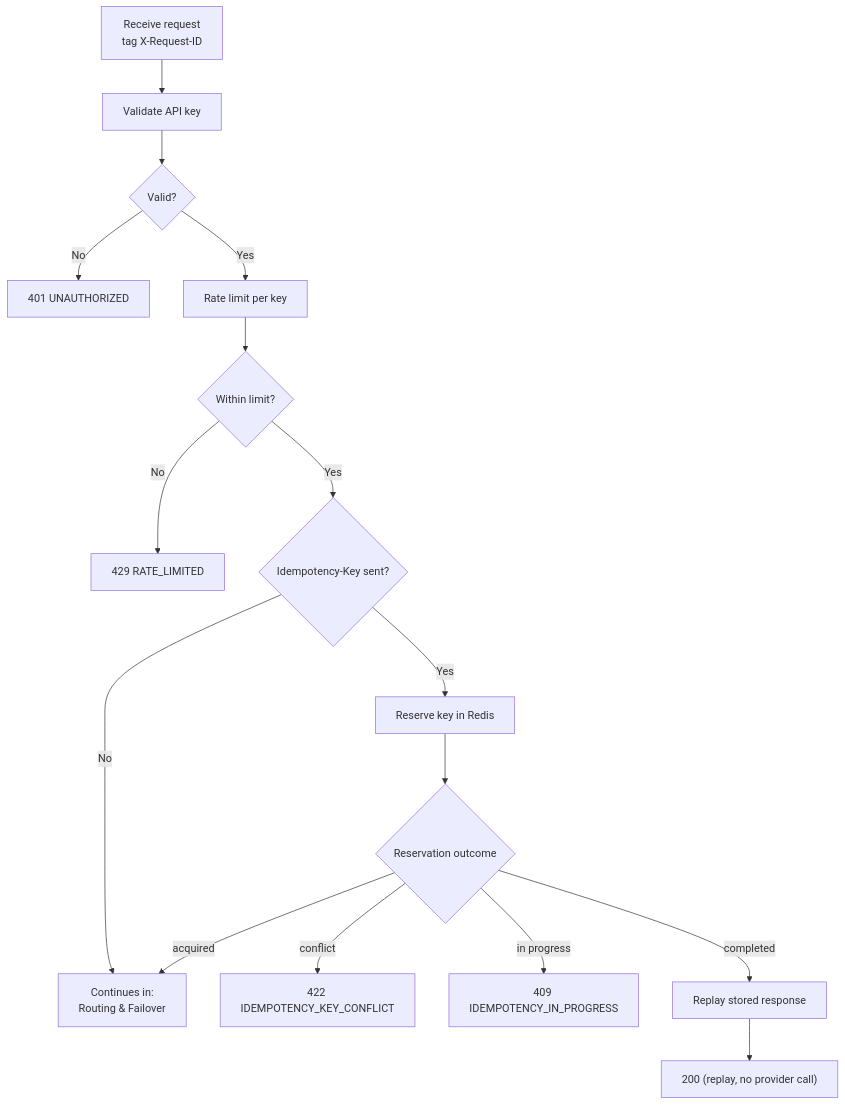
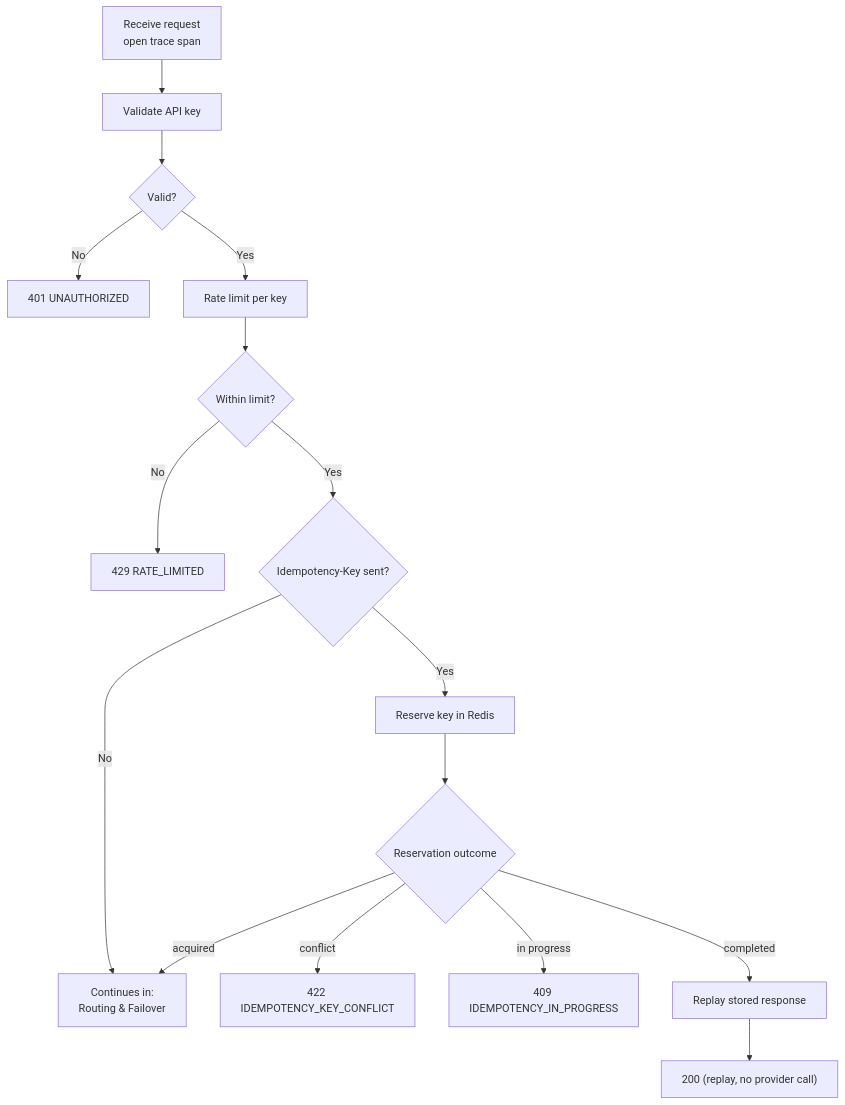
The second of 3 diagrams in docs/system_flow.md (MaximoBerth0/Relayix), drawn with Mermaid before and after one commit. The commit also changed 18 other files, not shown here.

````diff
--- a/docs/system_flow.md
+++ b/docs/system_flow.md
@@ -23,18 +23,18 @@
 ```mermaid
 flowchart TB
-    B1["Receive request<br/>tag X-Request-ID"] --> B2["Validate API key"]
+    B1["Receive request<br/>open trace span"] --> B2["Validate API key"]
     B2 --> B3{Valid?}
     B3 -- No --> R401["401 UNAUTHORIZED"]
     B3 -- Yes --> B4["Rate limit per key"]
     B4 --> B5{Within limit?}
     B5 -- No --> R429["429 RATE_LIMITED"]
     B5 -- Yes --> B6{Idempotency-Key sent?}
     B6 -- No --> NEXT["Continues in:<br/>Routing & Failover"]
     B6 -- Yes --> B7["Reserve key in Redis"]
     B7 --> B8{Reservation outcome}
     B8 -- conflict --> R422["422 IDEMPOTENCY_KEY_CONFLICT"]
     B8 -- in progress --> R409["409 IDEMPOTENCY_IN_PROGRESS"]
     B8 -- completed --> B9["Replay stored response"]
     B8 -- acquired --> NEXT
     B9 --> R200["200 (replay, no provider call)"]
 ```
````
